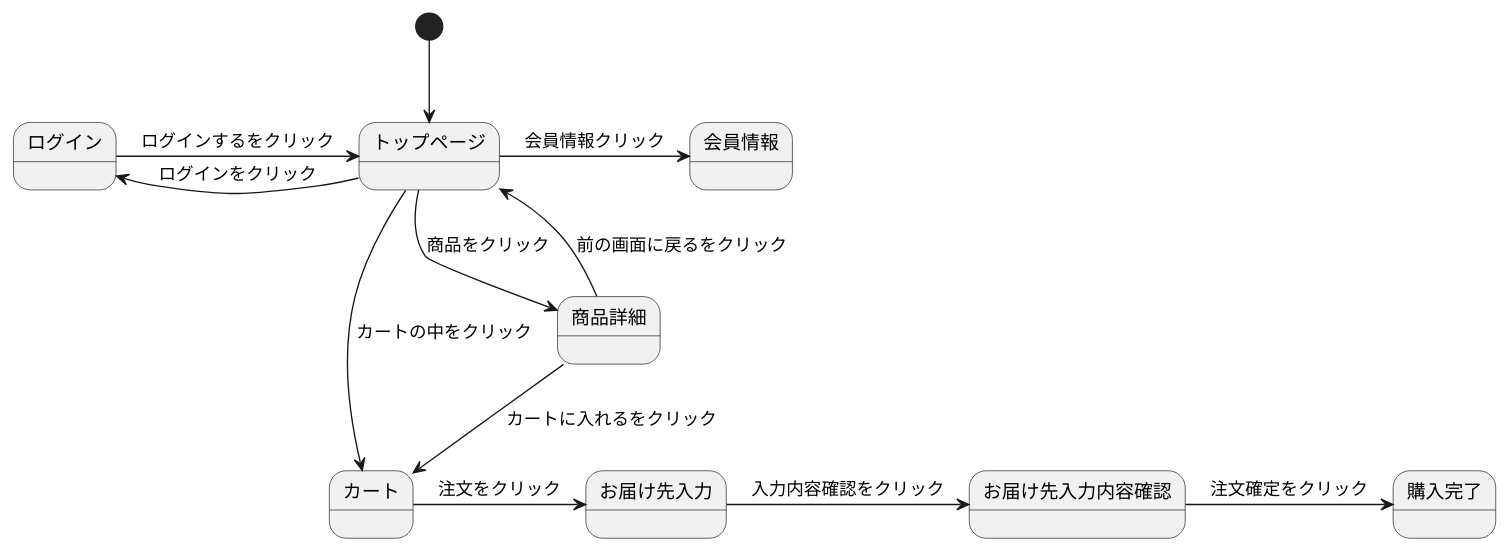
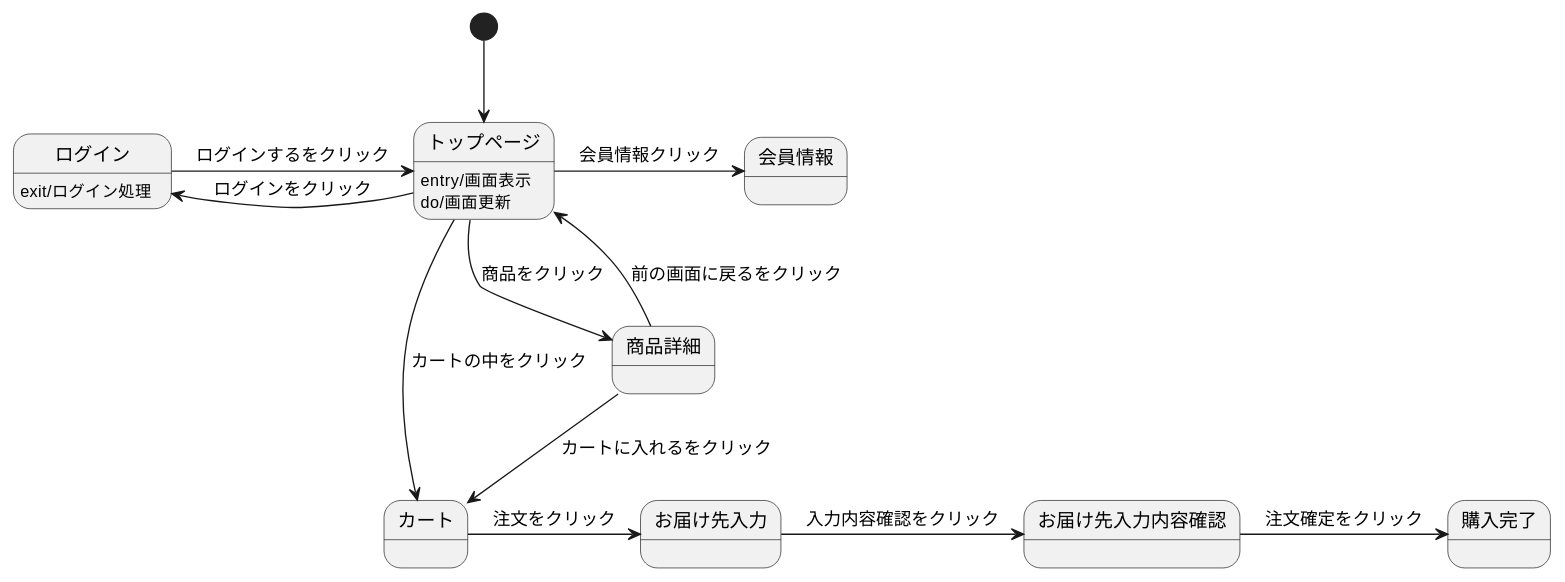
One commit to aso2001036/2021sys-design changed the diagram in stm01.md. Above: the diagram before and after it, drawn with PlantUML.

````diff
--- a/stm01.md
+++ b/stm01.md
@@ -1,17 +1,20 @@
 ```uml
 @startuml
 [*] --> トップページ
 トップページ -> 会員情報 : 会員情報クリック
 トップページ -left-> ログイン : ログインをクリック
 ログイン -> トップページ : ログインするをクリック
+ログイン : exit/ログイン処理
 トップページ --> 商品詳細 : 商品をクリック
 トップページ --> カート : カートの中をクリック
+トップページ : entry/画面表示
+トップページ : do/画面更新
 商品詳細 --> カート : カートに入れるをクリック
 商品詳細 --> トップページ : 前の画面に戻るをクリック
 カート -> お届け先入力 : 注文をクリック
 お届け先入力 -> お届け先入力内容確認 : 入力内容確認をクリック
 お届け先入力内容確認 -> 購入完了 : 注文確定をクリック
 @enduml
 
 
 ```
````
